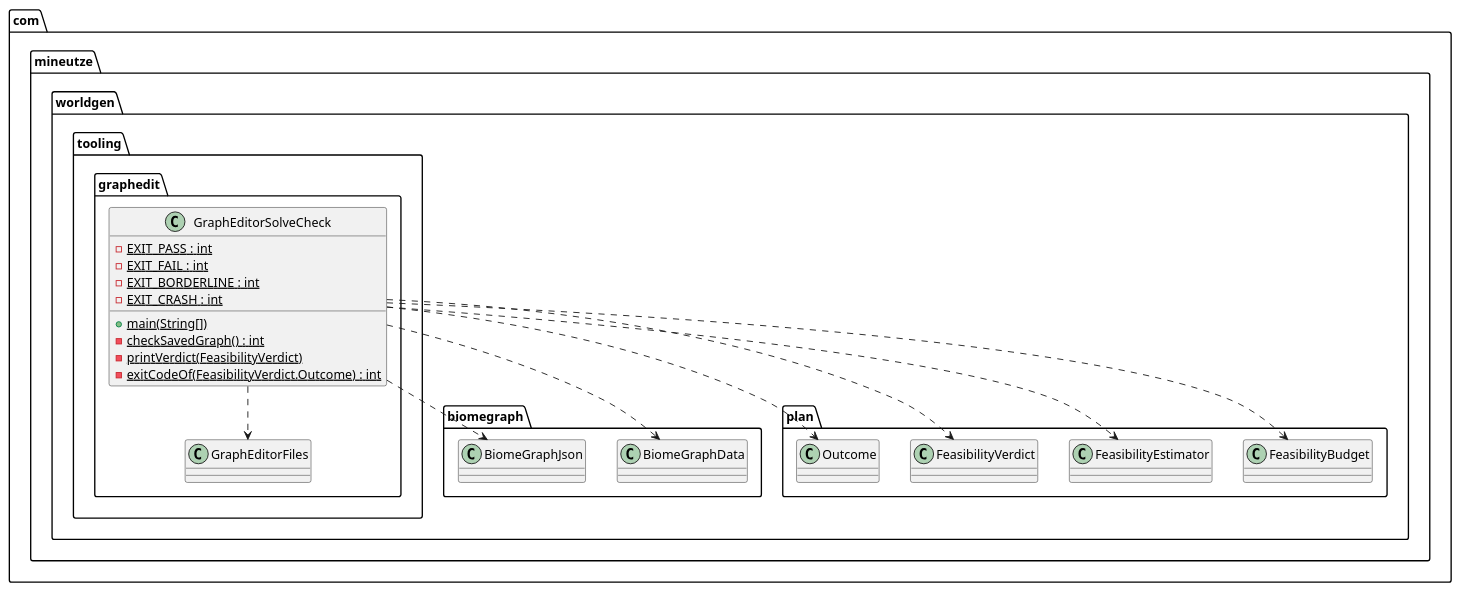
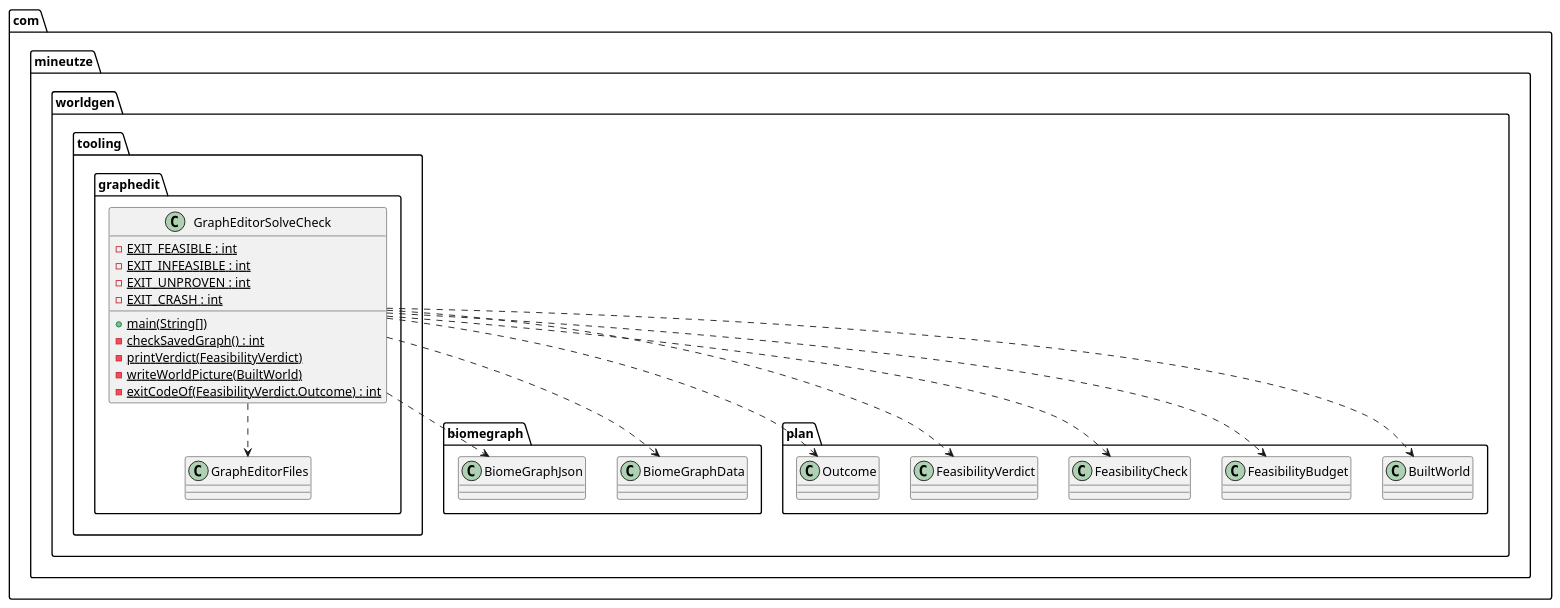
The diagram in companion-mods/mineutze-worldgen/doc/Modelisation/Fragments-Full/com/mineutze/worldgen/tooling/graphedit/GraphEditorSolveCheck.puml (Boulede987/Mine-Utz), drawn with PlantUML before and after one commit. The commit also changed 96 other files, not shown here.

First line of the commit message:
docs(worldgen): regenerate class diagrams for the proof-based verdict

```diff
--- a/companion-mods/mineutze-worldgen/doc/Modelisation/Fragments-Full/com/mineutze/worldgen/tooling/graphedit/GraphEditorSolveCheck.puml
+++ b/companion-mods/mineutze-worldgen/doc/Modelisation/Fragments-Full/com/mineutze/worldgen/tooling/graphedit/GraphEditorSolveCheck.puml
@@ -1,20 +1,22 @@
 namespace com.mineutze.worldgen.tooling.graphedit {
 class GraphEditorSolveCheck {
-  - {static} EXIT_PASS : int
-  - {static} EXIT_FAIL : int
-  - {static} EXIT_BORDERLINE : int
+  - {static} EXIT_FEASIBLE : int
+  - {static} EXIT_INFEASIBLE : int
+  - {static} EXIT_UNPROVEN : int
   - {static} EXIT_CRASH : int
   + {static} main(String[])
   - {static} checkSavedGraph() : int
   - {static} printVerdict(FeasibilityVerdict)
+  - {static} writeWorldPicture(BuiltWorld)
   - {static} exitCodeOf(FeasibilityVerdict.Outcome) : int
 }
 }
 
 com.mineutze.worldgen.tooling.graphedit.GraphEditorSolveCheck ..> com.mineutze.worldgen.biomegraph.BiomeGraphData
 com.mineutze.worldgen.tooling.graphedit.GraphEditorSolveCheck ..> com.mineutze.worldgen.biomegraph.BiomeGraphJson
+com.mineutze.worldgen.tooling.graphedit.GraphEditorSolveCheck ..> com.mineutze.worldgen.plan.BuiltWorld
 com.mineutze.worldgen.tooling.graphedit.GraphEditorSolveCheck ..> com.mineutze.worldgen.plan.FeasibilityBudget
-com.mineutze.worldgen.tooling.graphedit.GraphEditorSolveCheck ..> com.mineutze.worldgen.plan.FeasibilityEstimator
+com.mineutze.worldgen.tooling.graphedit.GraphEditorSolveCheck ..> com.mineutze.worldgen.plan.FeasibilityCheck
 com.mineutze.worldgen.tooling.graphedit.GraphEditorSolveCheck ..> com.mineutze.worldgen.plan.FeasibilityVerdict
 com.mineutze.worldgen.tooling.graphedit.GraphEditorSolveCheck ..> com.mineutze.worldgen.tooling.graphedit.GraphEditorFiles
 com.mineutze.worldgen.tooling.graphedit.GraphEditorSolveCheck ..> com.mineutze.worldgen.plan.Outcome
```
